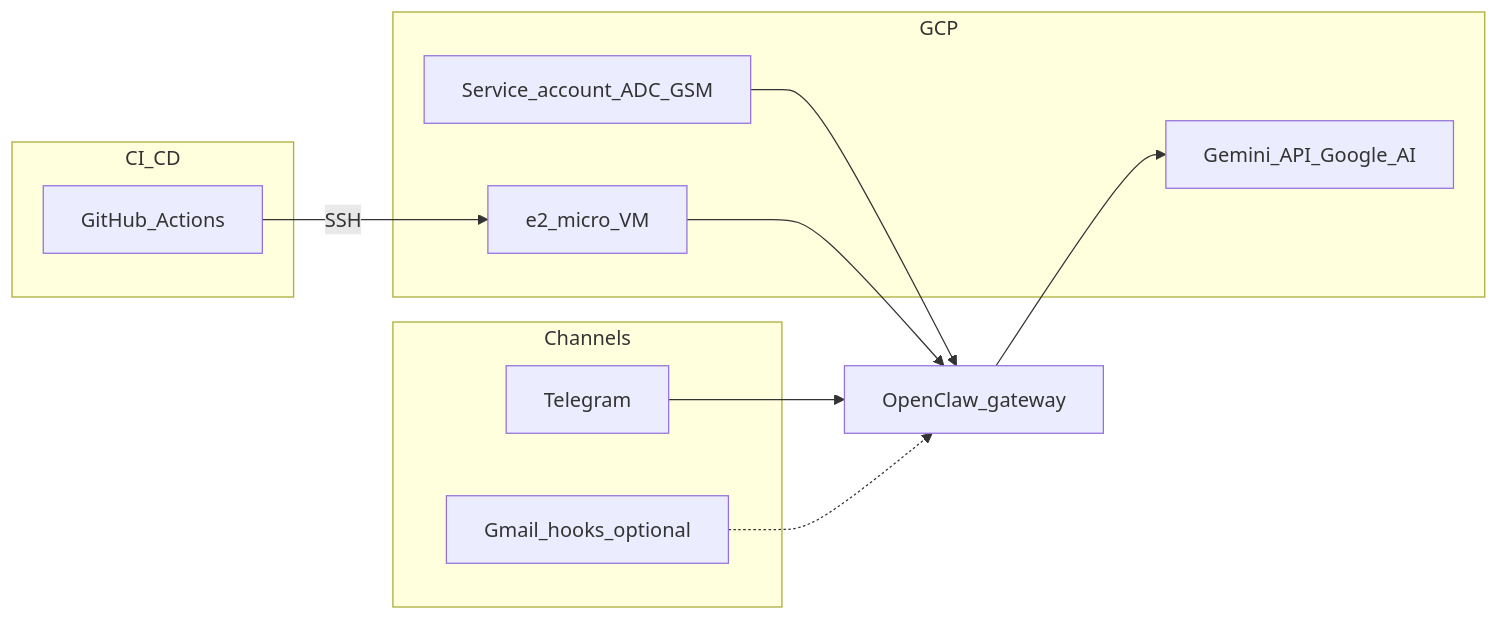
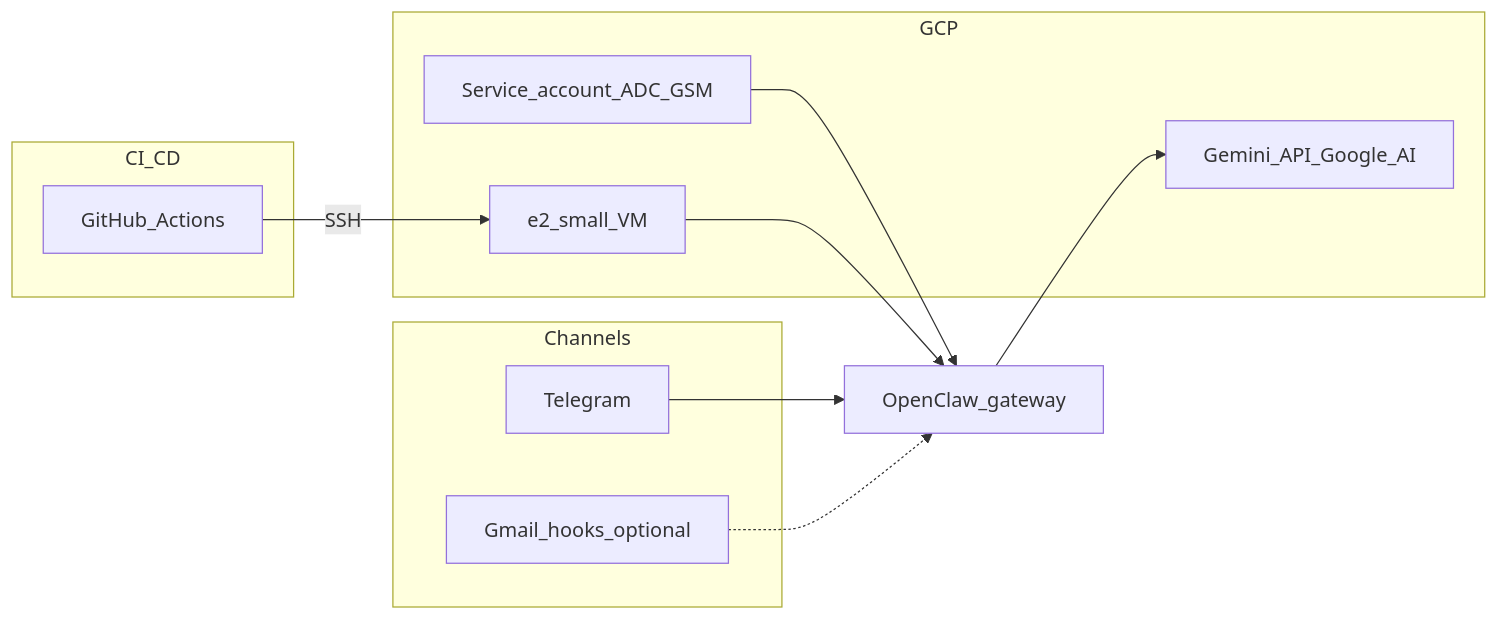
Before and after one commit to urospodkriznik/openclaw: the diagram in README.md, drawn with Mermaid. The commit also changed other lines of this file, not shown here.

````diff
--- a/README.md
+++ b/README.md
@@ -41,21 +41,21 @@
 ```mermaid
 flowchart LR
   subgraph channels [Channels]
     Telegram[Telegram]
     GmailOpt[Gmail_hooks_optional]
   end
   subgraph gcp [GCP]
-    VM[e2_micro_VM]
+    VM[e2_small_VM]
     Gemini[Gemini_API_Google_AI]
     SA[Service_account_ADC_GSM]
   end
   subgraph cicd [CI_CD]
     GHA[GitHub_Actions]
   end
   Telegram --> Gateway[OpenClaw_gateway]
   GmailOpt -.-> Gateway
   Gateway --> Gemini
   SA --> Gateway
   VM --> Gateway
   GHA -->|SSH| VM
 ```
````
